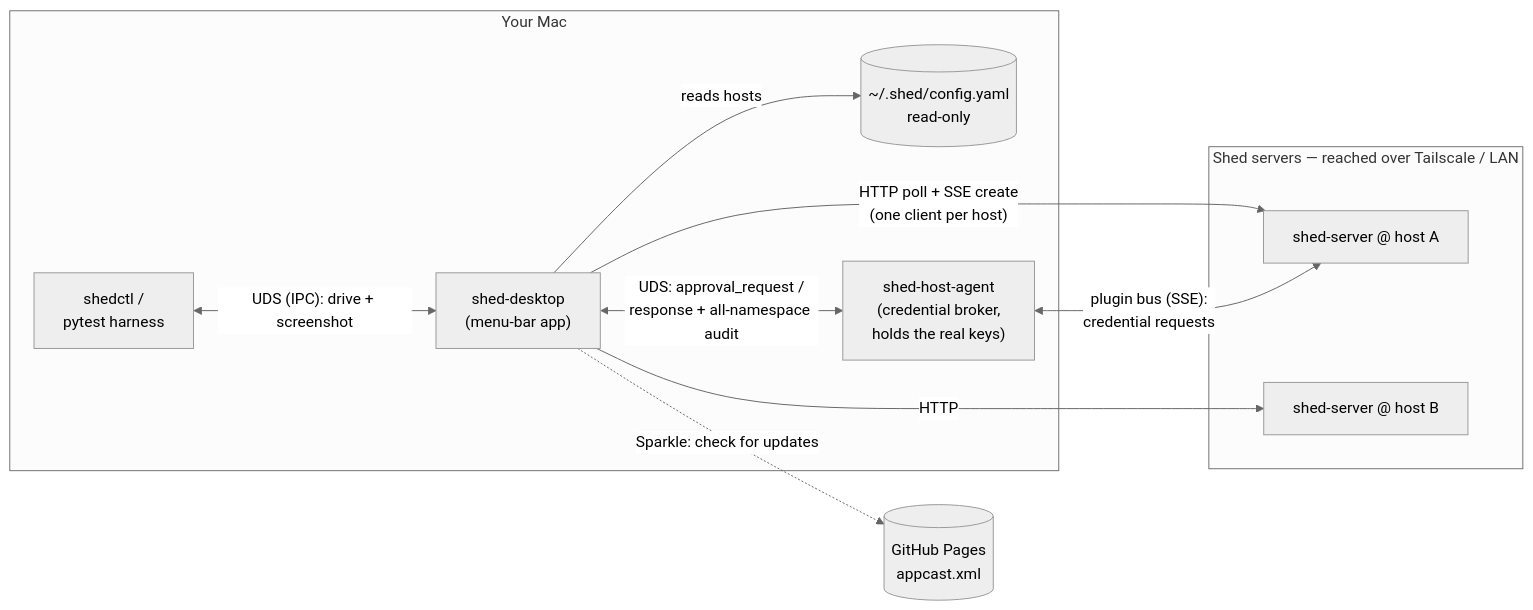
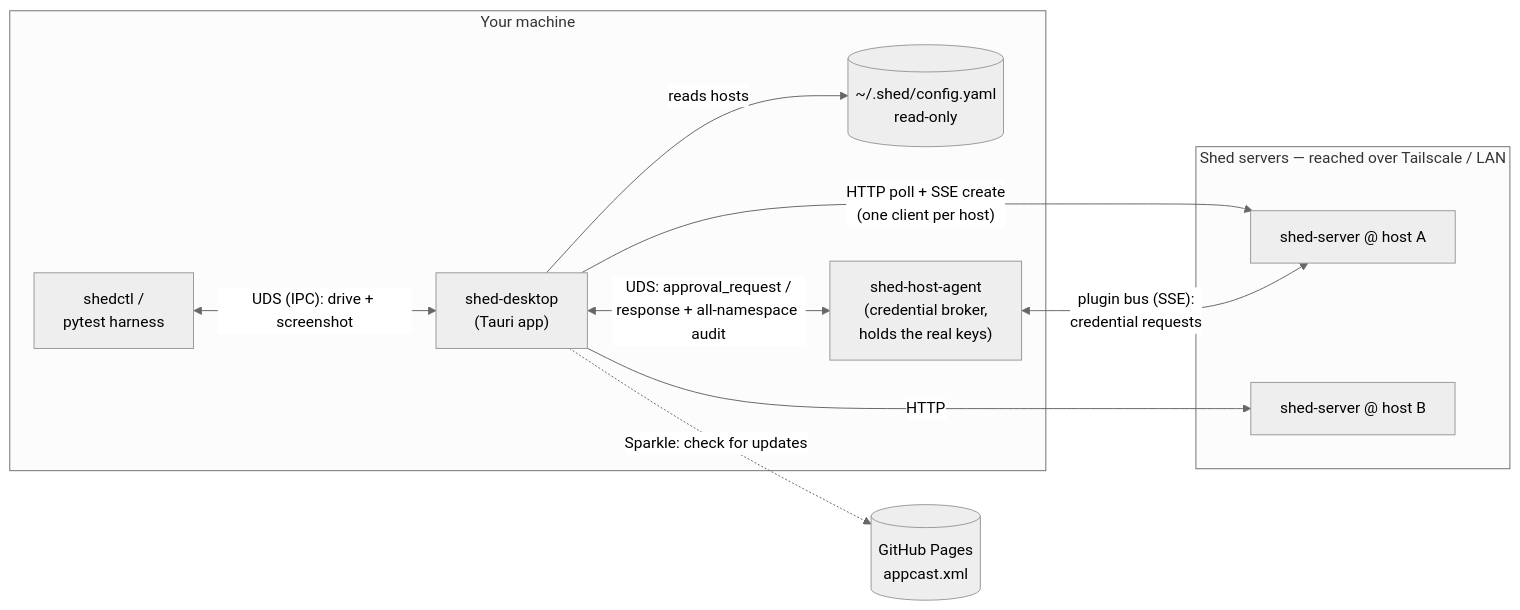
Before and after one commit to charliek/shed: the first of 2 diagrams in docs/desktop/architecture.md, drawn with Mermaid (neutral theme). The commit also changed other lines of this file and 19 other files, not shown here.

First line of the commit message:
docs(desktop): describe the Tauri-only desktop app

````diff
--- a/docs/desktop/architecture.md
+++ b/docs/desktop/architecture.md
@@ -54,22 +30,22 @@
 ```mermaid
 flowchart LR
-    subgraph mac["Your Mac"]
-        SD["shed-desktop<br/>(menu-bar app)"]
+    subgraph mac["Your machine"]
+        SD["shed-desktop<br/>(Tauri app)"]
         CFG[("~/.shed/config.yaml<br/>read-only")]
         HA["shed-host-agent<br/>(credential broker,<br/>holds the real keys)"]
         CTL["shedctl /<br/>pytest harness"]
     end
     subgraph hosts["Shed servers — reached over Tailscale / LAN"]
         S1["shed-server @ host A"]
         S2["shed-server @ host B"]
     end
     PAGES[("GitHub Pages<br/>appcast.xml")]
 
     SD -->|"HTTP poll + SSE create<br/>(one client per host)"| S1
     SD -->|HTTP| S2
     SD -->|"reads hosts"| CFG
     SD <-->|"UDS: approval_request /<br/>response + all-namespace audit"| HA
     HA <-->|"plugin bus (SSE):<br/>credential requests"| S1
     CTL <-->|"UDS (IPC): drive + screenshot"| SD
     SD -.->|"Sparkle: check for updates"| PAGES
 ```
````
